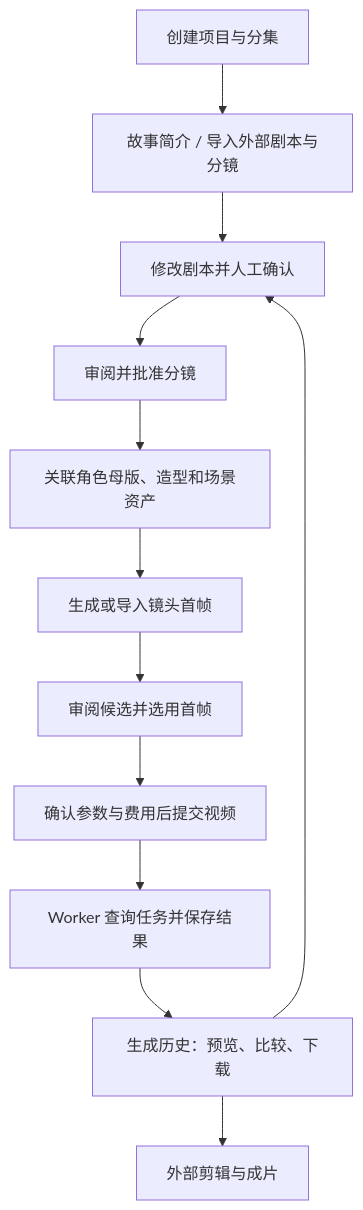
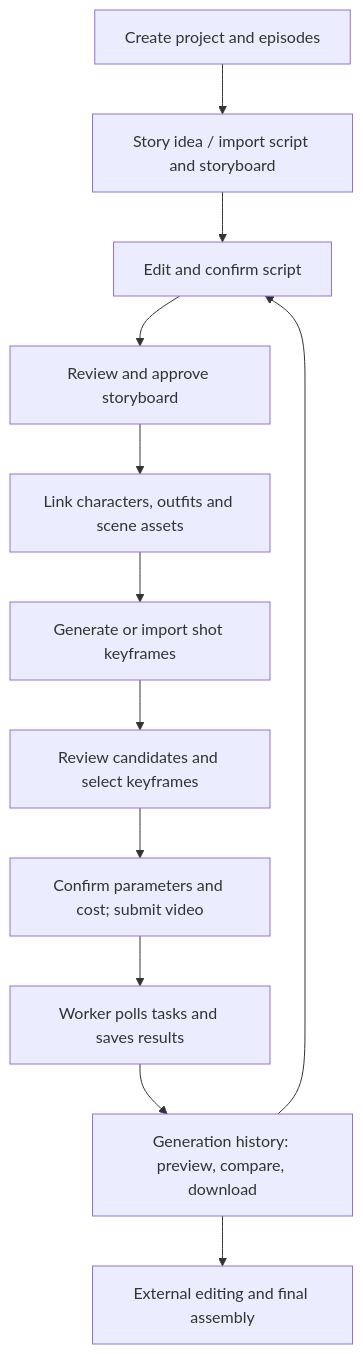
The diagram in README.md (David-the-happy-piglet/AI-drama-studio), drawn with Mermaid before and after one commit. The commit also changed other lines of this file and 1 other file, not shown here.

Commit message:
docs: add English and Chinese project READMEs

````diff
--- a/README.md
+++ b/README.md
@@ -9,14 +11,14 @@
 ```mermaid
 flowchart TD
-    P[创建项目与分集] --> S[故事简介 / 导入外部剧本与分镜]
-    S --> R[修改剧本并人工确认]
-    R --> B[审阅并批准分镜]
-    B --> A[关联角色母版、造型和场景资产]
-    A --> K[生成或导入镜头首帧]
-    K --> C[审阅候选并选用首帧]
-    C --> V[确认参数与费用后提交视频]
-    V --> W[Worker 查询任务并保存结果]
-    W --> H[生成历史：预览、比较、下载]
-    H --> E[外部剪辑与成片]
+    P[Create project and episodes] --> S[Story idea / import script and storyboard]
+    S --> R[Edit and confirm script]
+    R --> B[Review and approve storyboard]
+    B --> A[Link characters, outfits and scene assets]
+    A --> K[Generate or import shot keyframes]
+    K --> C[Review candidates and select keyframes]
+    C --> V[Confirm parameters and cost; submit video]
+    V --> W[Worker polls tasks and saves results]
+    W --> H[Generation history: preview, compare, download]
+    H --> E[External editing and final assembly]
     H --> R
 ```
````
